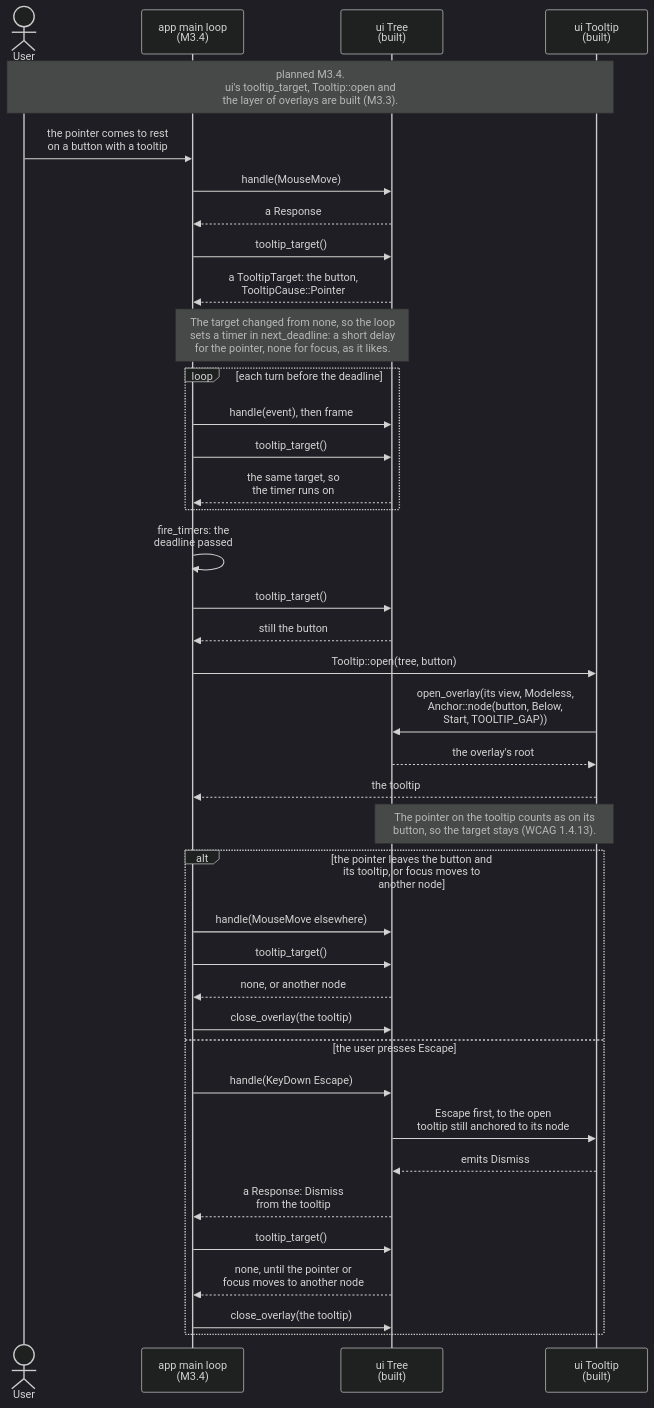
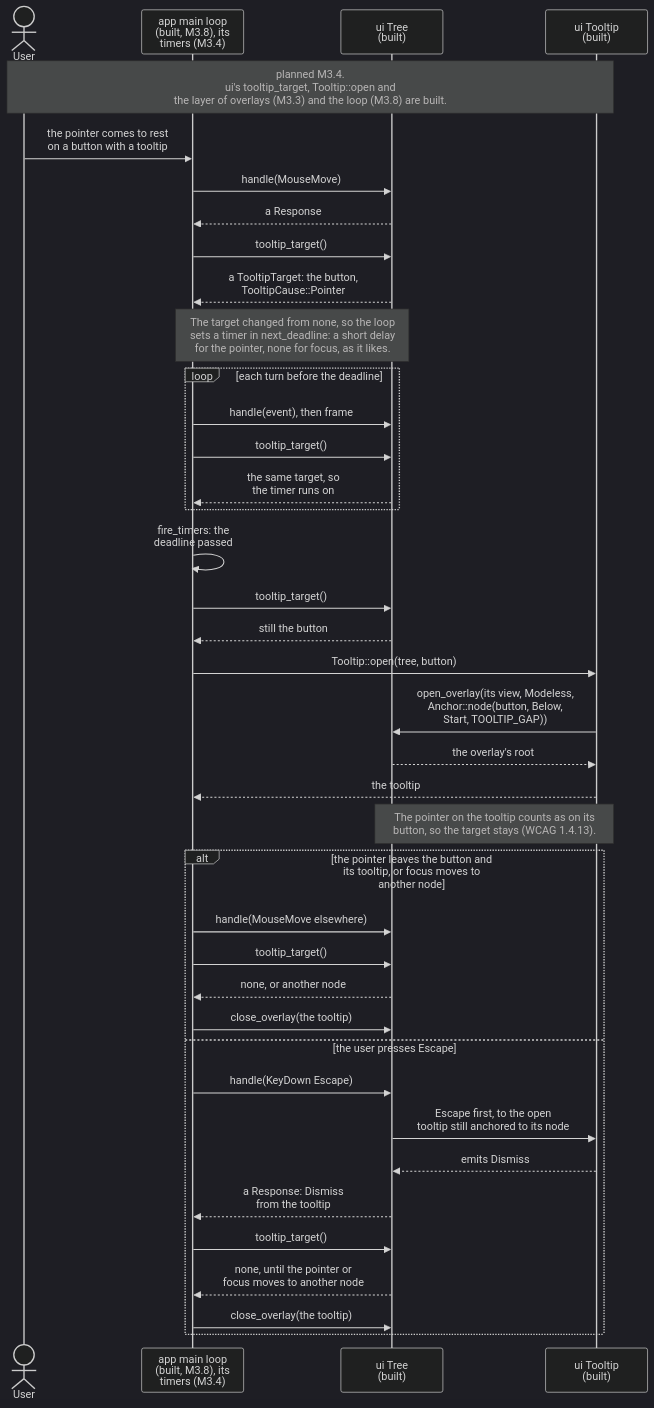
One commit to jabbott-iii/Tidepool changed diagram 24 of 24 in diagrams/sequence-diagrams.md. Above: the diagram before and after it, drawn with Mermaid (dark theme). The commit also changed other lines of this file and 27 other files, not shown here.

First line of the commit message:
feat(gui,app)!: the event-driven main loop (M3.8, ADR-0059)

````diff
--- a/diagrams/sequence-diagrams.md
+++ b/diagrams/sequence-diagrams.md
@@ -1013,42 +1010,42 @@
 ```mermaid
 sequenceDiagram
     actor User
-    participant ML as app main loop<br/>(M3.4)
+    participant ML as app main loop<br/>(built, M3.8), its<br/>timers (M3.4)
     participant Ui as ui Tree<br/>(built)
     participant Tip as ui Tooltip<br/>(built)
 
-    Note over User,Tip: planned M3.4.<br/>ui's tooltip_target, Tooltip::open and<br/>the layer of overlays are built (M3.3).
+    Note over User,Tip: planned M3.4.<br/>ui's tooltip_target, Tooltip::open and<br/>the layer of overlays (M3.3) and the loop (M3.8) are built.
     User->>ML: the pointer comes to rest<br/>on a button with a tooltip
     ML->>Ui: handle(MouseMove)
     Ui-->>ML: a Response
     ML->>Ui: tooltip_target()
     Ui-->>ML: a TooltipTarget: the button,<br/>TooltipCause::Pointer
     Note over ML,Ui: The target changed from none, so the loop<br/>sets a timer in next_deadline: a short delay<br/>for the pointer, none for focus, as it likes.
     loop each turn before the deadline
         ML->>Ui: handle(event), then frame
         ML->>Ui: tooltip_target()
         Ui-->>ML: the same target, so<br/>the timer runs on
     end
     ML->>ML: fire_timers: the<br/>deadline passed
     ML->>Ui: tooltip_target()
     Ui-->>ML: still the button
     ML->>Tip: Tooltip::open(tree, button)
     Tip->>Ui: open_overlay(its view, Modeless,<br/>Anchor::node(button, Below,<br/>Start, TOOLTIP_GAP))
     Ui-->>Tip: the overlay's root
     Tip-->>ML: the tooltip
     Note over Ui,Tip: The pointer on the tooltip counts as on its<br/>button, so the target stays (WCAG 1.4.13).
     alt the pointer leaves the button and its tooltip, or focus moves to another node
         ML->>Ui: handle(MouseMove elsewhere)
         ML->>Ui: tooltip_target()
         Ui-->>ML: none, or another node
         ML->>Ui: close_overlay(the tooltip)
     else the user presses Escape
         ML->>Ui: handle(KeyDown Escape)
         Ui->>Tip: Escape first, to the open<br/>tooltip still anchored to its node
         Tip-->>Ui: emits Dismiss
         Ui-->>ML: a Response: Dismiss<br/>from the tooltip
         ML->>Ui: tooltip_target()
         Ui-->>ML: none, until the pointer or<br/>focus moves to another node
         ML->>Ui: close_overlay(the tooltip)
     end
 ```
````
